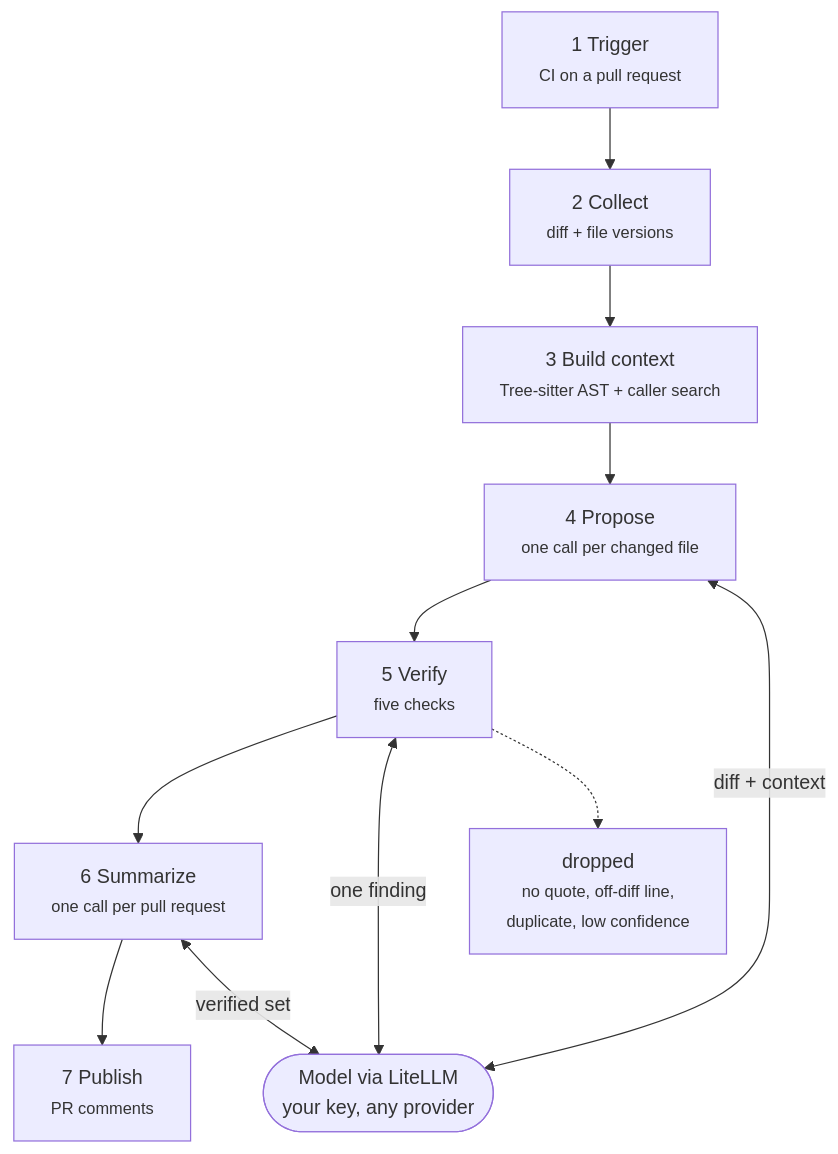
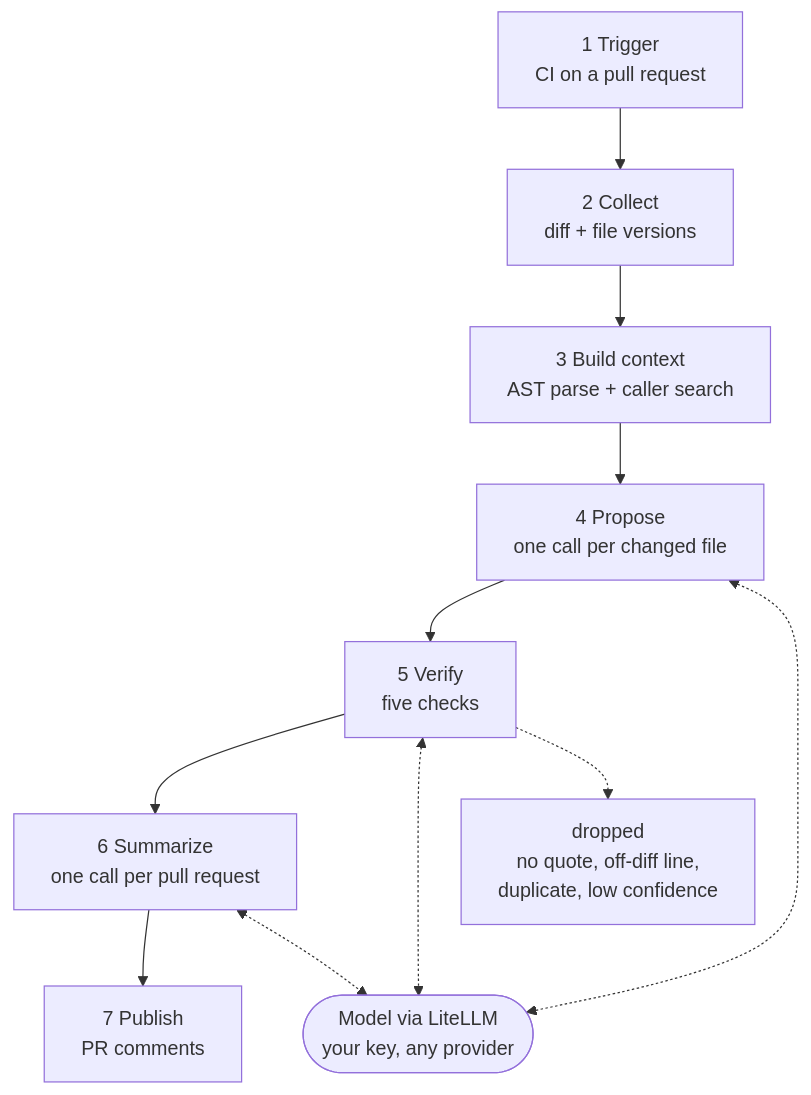
One commit to groundtruth-code-review/groundtruth-code-review changed the diagram in README.md. Above: the diagram before and after it, drawn with Mermaid.

Commit message:
Fix clipped diagram labels and unclutter the model edges
Mermaid does not account for <small> when sizing a node, so every subtitle
was cut off mid-word. Labelled round-trip edges also forced long curved
routes across the chain; the payloads read better in the sentence under it.

````diff
--- a/README.md
+++ b/README.md
@@ -29,16 +29,16 @@
 ```mermaid
 flowchart TD
-    A["1 Trigger<br/><small>CI on a pull request</small>"] --> B["2 Collect<br/><small>diff + file versions</small>"]
-    B --> C["3 Build context<br/><small>Tree-sitter AST + caller search</small>"]
-    C --> D["4 Propose<br/><small>one call per changed file</small>"]
-    D --> E["5 Verify<br/><small>five checks</small>"]
-    E --> F["6 Summarize<br/><small>one call per pull request</small>"]
-    F --> G["7 Publish<br/><small>PR comments</small>"]
+    A["1 Trigger<br/>CI on a pull request"] --> B["2 Collect<br/>diff + file versions"]
+    B --> C["3 Build context<br/>AST parse + caller search"]
+    C --> D["4 Propose<br/>one call per changed file"]
+    D --> E["5 Verify<br/>five checks"]
+    E --> F["6 Summarize<br/>one call per pull request"]
+    F --> G["7 Publish<br/>PR comments"]
 
     M(["Model via LiteLLM<br/>your key, any provider"])
-    D <-->|"diff + context"| M
-    E <-->|"one finding"| M
-    F <-->|"verified set"| M
+    D <-.-> M
+    E <-.-> M
+    F <-.-> M
 
-    E -.-> X["dropped<br/><small>no quote, off-diff line,<br/>duplicate, low confidence</small>"]
+    E -.-> X["dropped<br/>no quote, off-diff line,<br/>duplicate, low confidence"]
 ```
````
